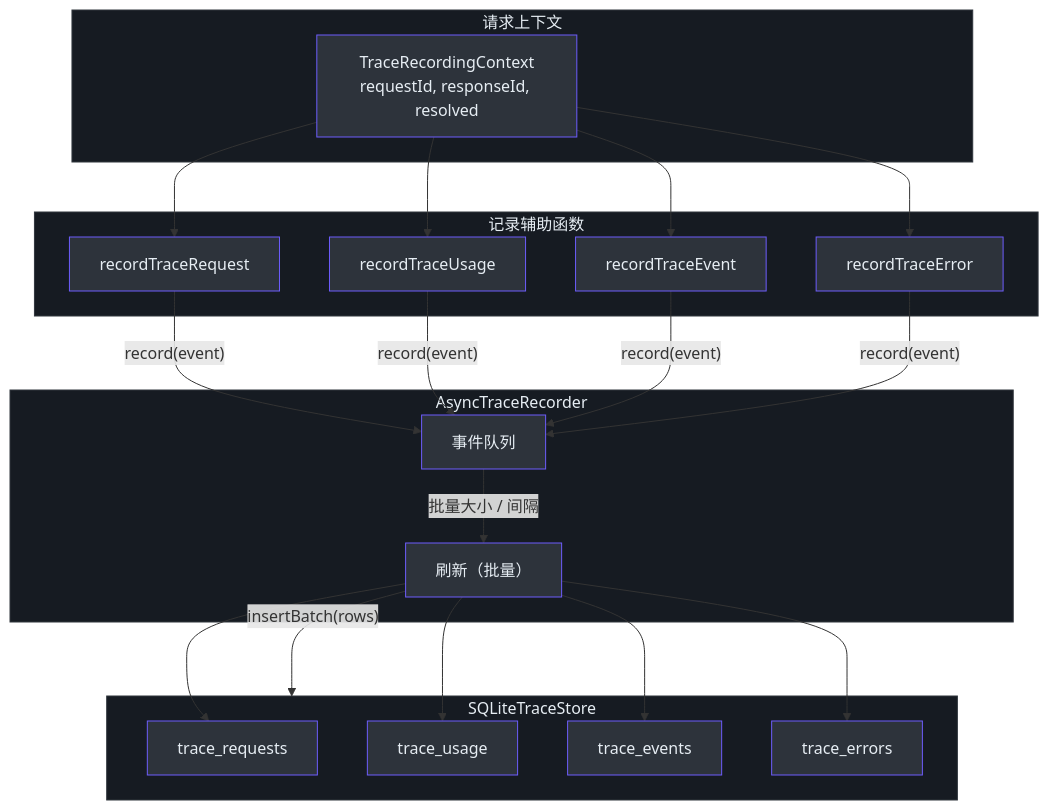
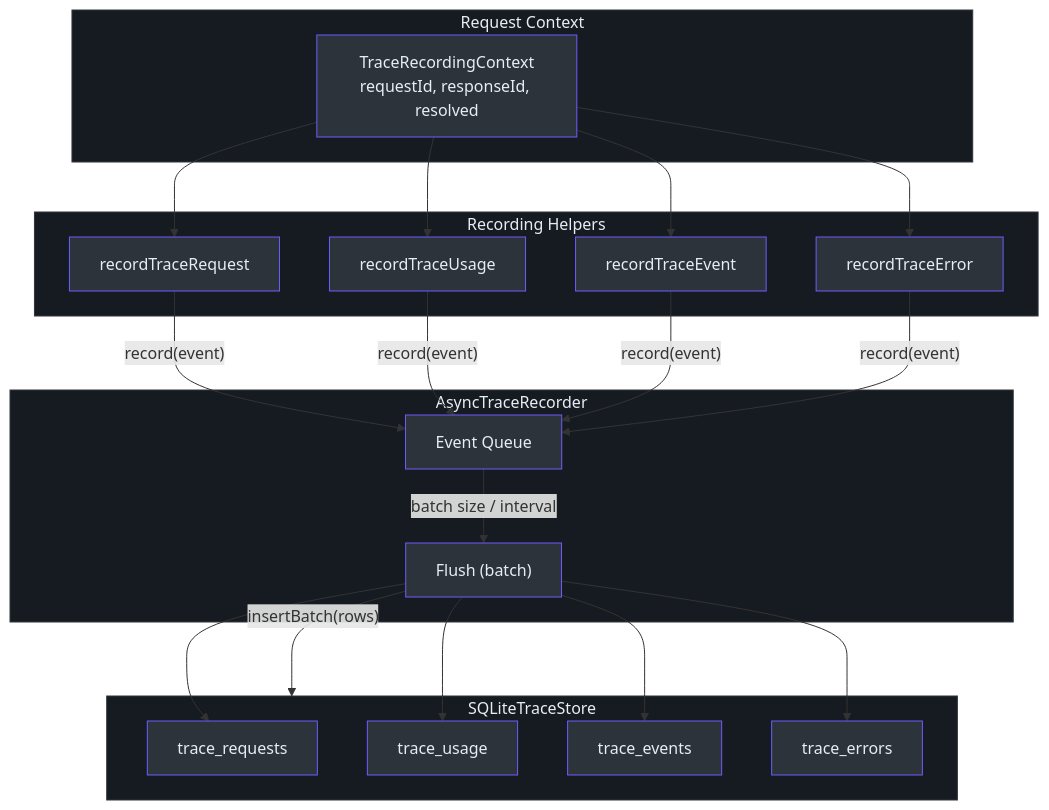
Before and after one commit to Ahoo-Wang/GodeX: the first of 4 diagrams in wiki/zh/10-trace/trace-system.md, drawn with Mermaid. The commit also changed other lines of this file and 36 other files, not shown here.

````diff
--- a/wiki/zh/10-trace/trace-system.md
+++ b/wiki/zh/10-trace/trace-system.md
@@ -28,56 +28,56 @@
 ```mermaid
 flowchart TD
-    subgraph ctx["请求上下文"]
+    subgraph ctx["Request Context"]
         tctx["TraceRecordingContext<br>requestId, responseId, resolved"]
     end
 
-    subgraph helpers["记录辅助函数"]
+    subgraph helpers["Recording Helpers"]
         rr["recordTraceRequest"]
         ru["recordTraceUsage"]
         re["recordTraceEvent"]
         rer["recordTraceError"]
     end
 
     subgraph recorder["AsyncTraceRecorder"]
-        queue["事件队列"]
-        flush["刷新（批量）"]
+        queue["Event Queue"]
+        flush["Flush (batch)"]
     end
 
     subgraph storage["SQLiteTraceStore"]
         tr["trace_requests"]
         tu["trace_usage"]
         te["trace_events"]
         terr["trace_errors"]
     end
 
     tctx --> rr
     tctx --> ru
     tctx --> re
     tctx --> rer
     rr -->|"record(event)"| queue
     ru -->|"record(event)"| queue
     re -->|"record(event)"| queue
     rer -->|"record(event)"| queue
-    queue -->|"批量大小 / 间隔"| flush
+    queue -->|"batch size / interval"| flush
     flush -->|"insertBatch(rows)"| storage
     flush --> tr
     flush --> tu
     flush --> te
     flush --> terr
 
     style ctx fill:#161b22,stroke:#30363d,color:#e6edf3
     style helpers fill:#161b22,stroke:#30363d,color:#e6edf3
     style recorder fill:#161b22,stroke:#30363d,color:#e6edf3
     style storage fill:#161b22,stroke:#30363d,color:#e6edf3
     style tctx fill:#2d333b,stroke:#6d5dfc,color:#e6edf3
     style rr fill:#2d333b,stroke:#6d5dfc,color:#e6edf3
     style ru fill:#2d333b,stroke:#6d5dfc,color:#e6edf3
     style re fill:#2d333b,stroke:#6d5dfc,color:#e6edf3
     style rer fill:#2d333b,stroke:#6d5dfc,color:#e6edf3
     style queue fill:#2d333b,stroke:#6d5dfc,color:#e6edf3
     style flush fill:#2d333b,stroke:#6d5dfc,color:#e6edf3
     style tr fill:#2d333b,stroke:#6d5dfc,color:#e6edf3
     style tu fill:#2d333b,stroke:#6d5dfc,color:#e6edf3
     style te fill:#2d333b,stroke:#6d5dfc,color:#e6edf3
     style terr fill:#2d333b,stroke:#6d5dfc,color:#e6edf3
 ```
````
